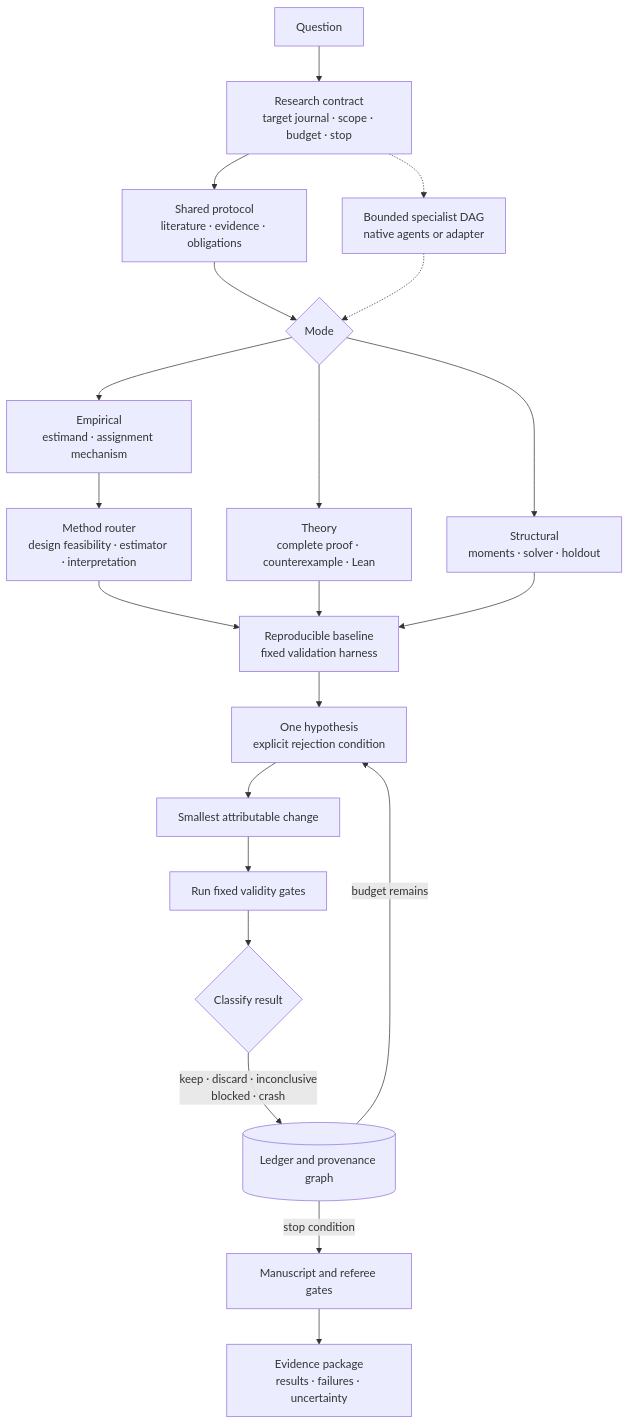
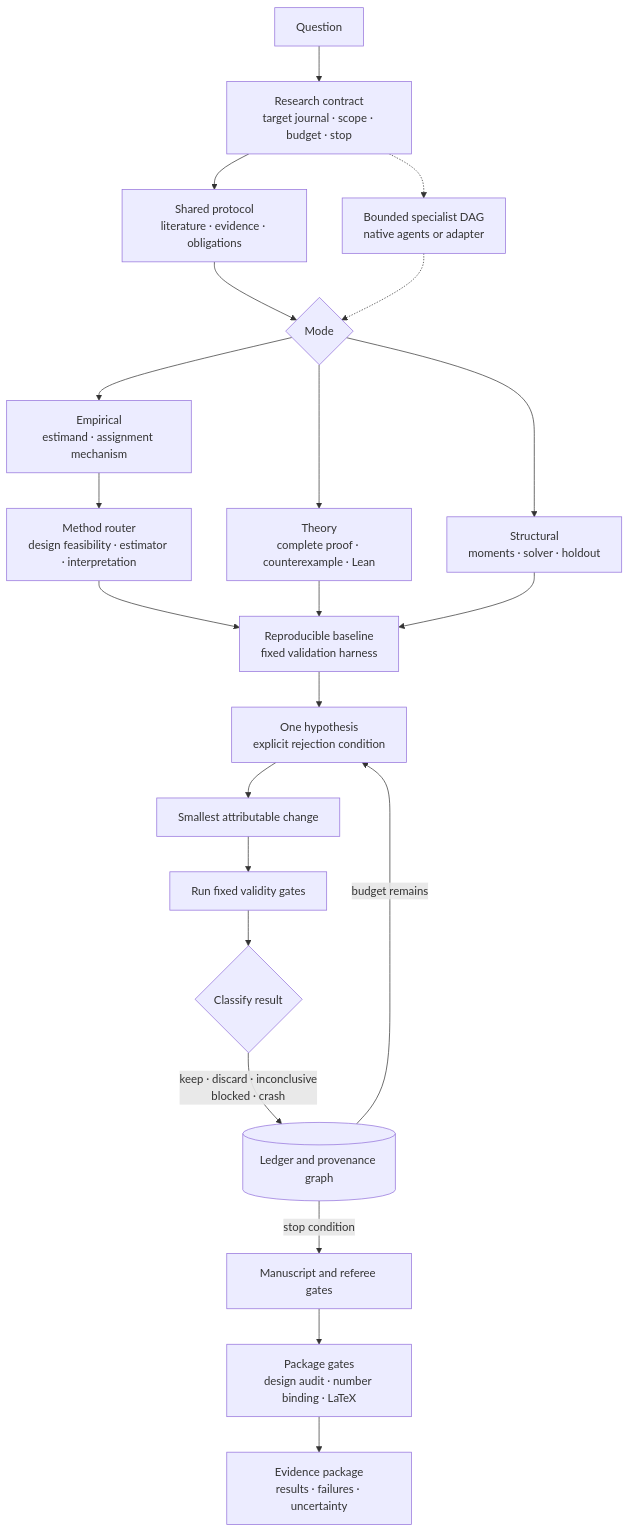
Before and after one commit to Tohskcid/econ-research-lab: the diagram in README.md, drawn with Mermaid. The commit also changed other lines of this file and 14 other files, not shown here.

````diff
--- a/README.md
+++ b/README.md
@@ -9,23 +9,24 @@
 ```mermaid
 flowchart TD
     Q[Question] --> C[Research contract<br/>target journal · scope · budget · stop]
     C --> S[Shared protocol<br/>literature · evidence · obligations]
     C -.-> A[Bounded specialist DAG<br/>native agents or adapter]
     S --> R{Mode}
     R --> E[Empirical<br/>estimand · assignment mechanism]
     R --> T[Theory<br/>complete proof · counterexample · Lean]
     R --> X[Structural<br/>moments · solver · holdout]
     A -.-> R
     E --> ER[Method router<br/>design feasibility · estimator · interpretation]
     ER --> B[Reproducible baseline<br/>fixed validation harness]
     T --> B
     X --> B
     B --> H[One hypothesis<br/>explicit rejection condition]
     H --> D1[Smallest attributable change]
     D1 --> V[Run fixed validity gates]
     V --> K{Classify result}
     K -->|keep · discard · inconclusive<br/>blocked · crash| P[(Ledger and provenance graph)]
     P -->|budget remains| H
     P -->|stop condition| M[Manuscript and referee gates]
-    M --> D[Evidence package<br/>results · failures · uncertainty]
+    M --> G[Package gates<br/>design audit · number binding · LaTeX]
+    G --> D[Evidence package<br/>results · failures · uncertainty]
 ```
````
